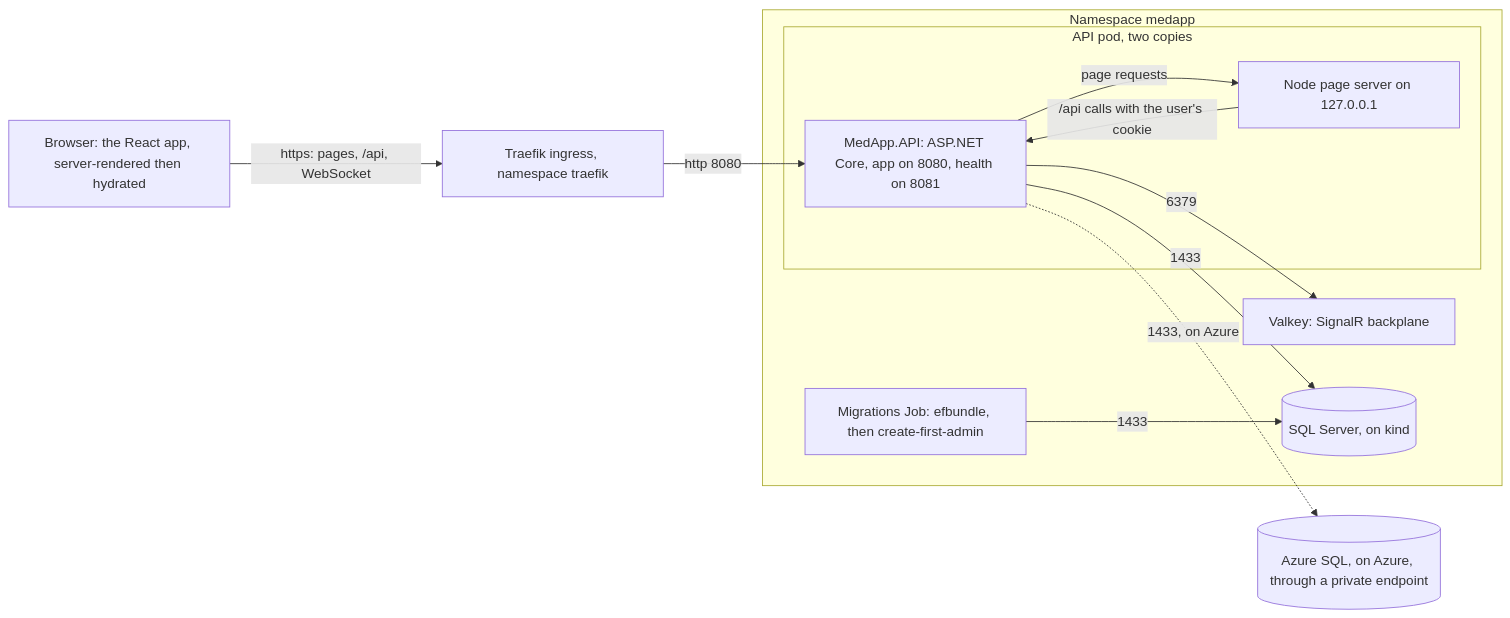
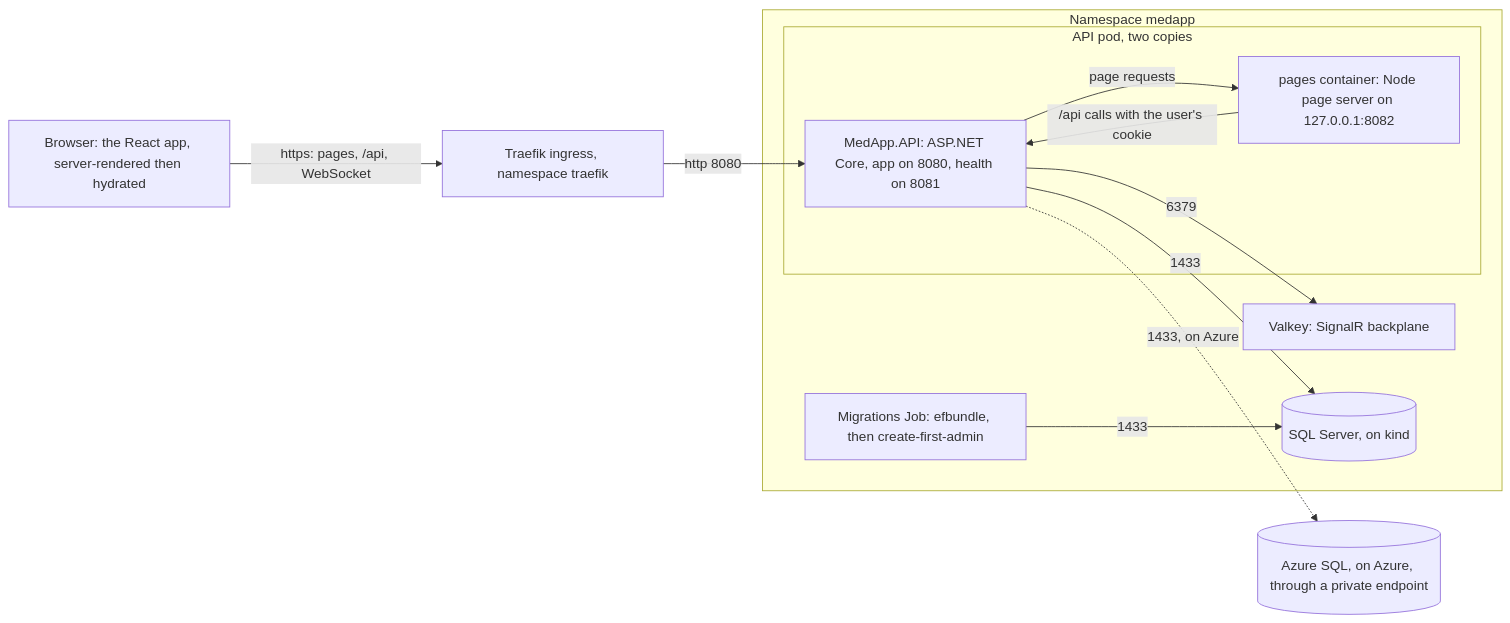
The second of 10 diagrams in docs/architecture.md (Aliator/MedApp), drawn with Mermaid before and after one commit. The commit also changed other lines of this file and 8 other files, not shown here.

Commit message:
Documented the page server sidecar

````diff
--- a/docs/architecture.md
+++ b/docs/architecture.md
@@ -325,23 +325,23 @@
 ```mermaid
 flowchart LR
     browser["Browser: the React app, server-rendered then hydrated"]
     traefik["Traefik ingress, namespace traefik"]
     subgraph ns["Namespace medapp"]
       subgraph pod["API pod, two copies"]
         api["MedApp.API: ASP.NET Core, app on 8080, health on 8081"]
-        pagesrv["Node page server on 127.0.0.1"]
+        pagesrv["pages container: Node page server on 127.0.0.1:8082"]
       end
       valkey["Valkey: SignalR backplane"]
       sql[("SQL Server, on kind")]
       job["Migrations Job: efbundle, then create-first-admin"]
     end
     azsql[("Azure SQL, on Azure, through a private endpoint")]
     browser -->|"https: pages, /api, WebSocket"| traefik
     traefik -->|"http 8080"| api
     api -->|"page requests"| pagesrv
     pagesrv -->|"/api calls with the user's cookie"| api
     api -->|"1433"| sql
     api -.->|"1433, on Azure"| azsql
     api -->|"6379"| valkey
     job -->|"1433"| sql
 ```
````
